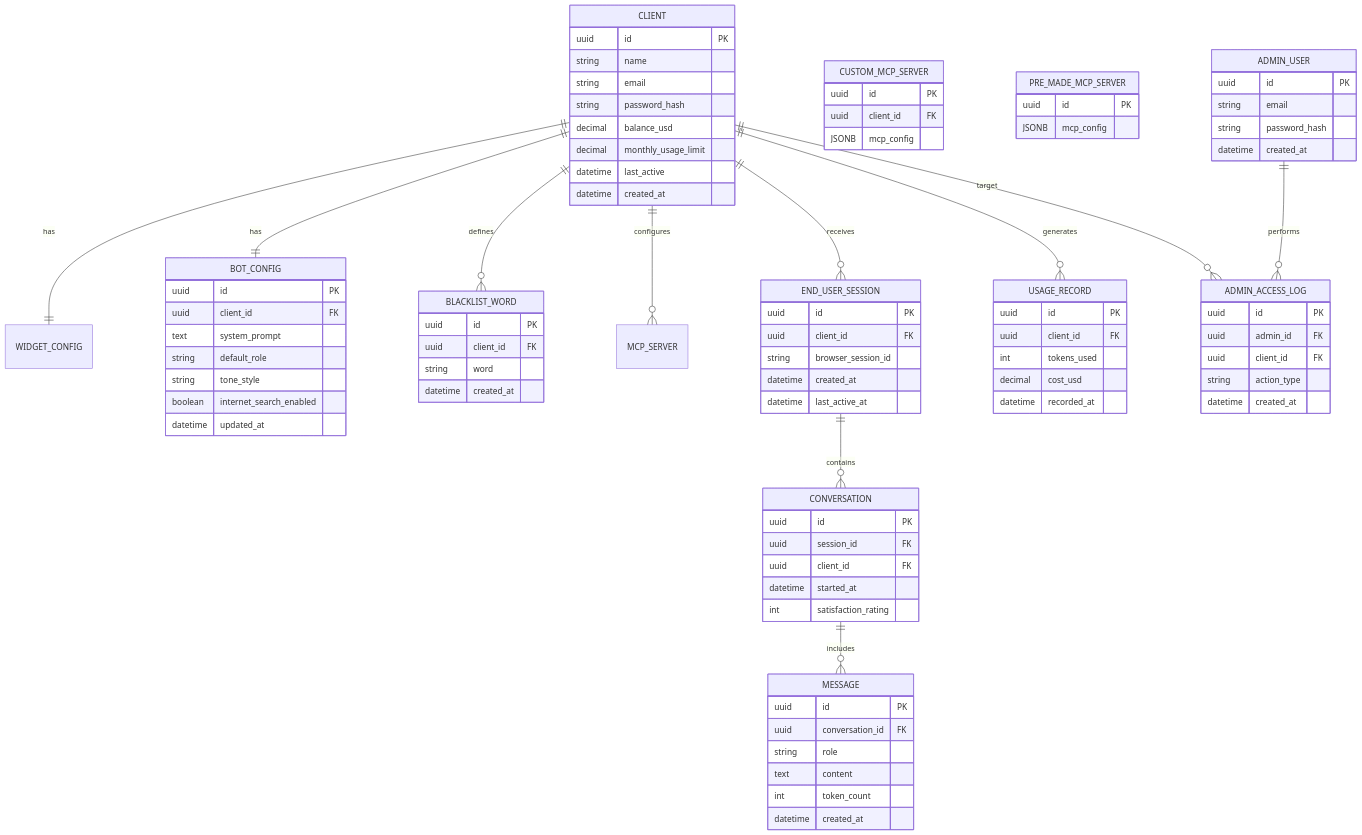
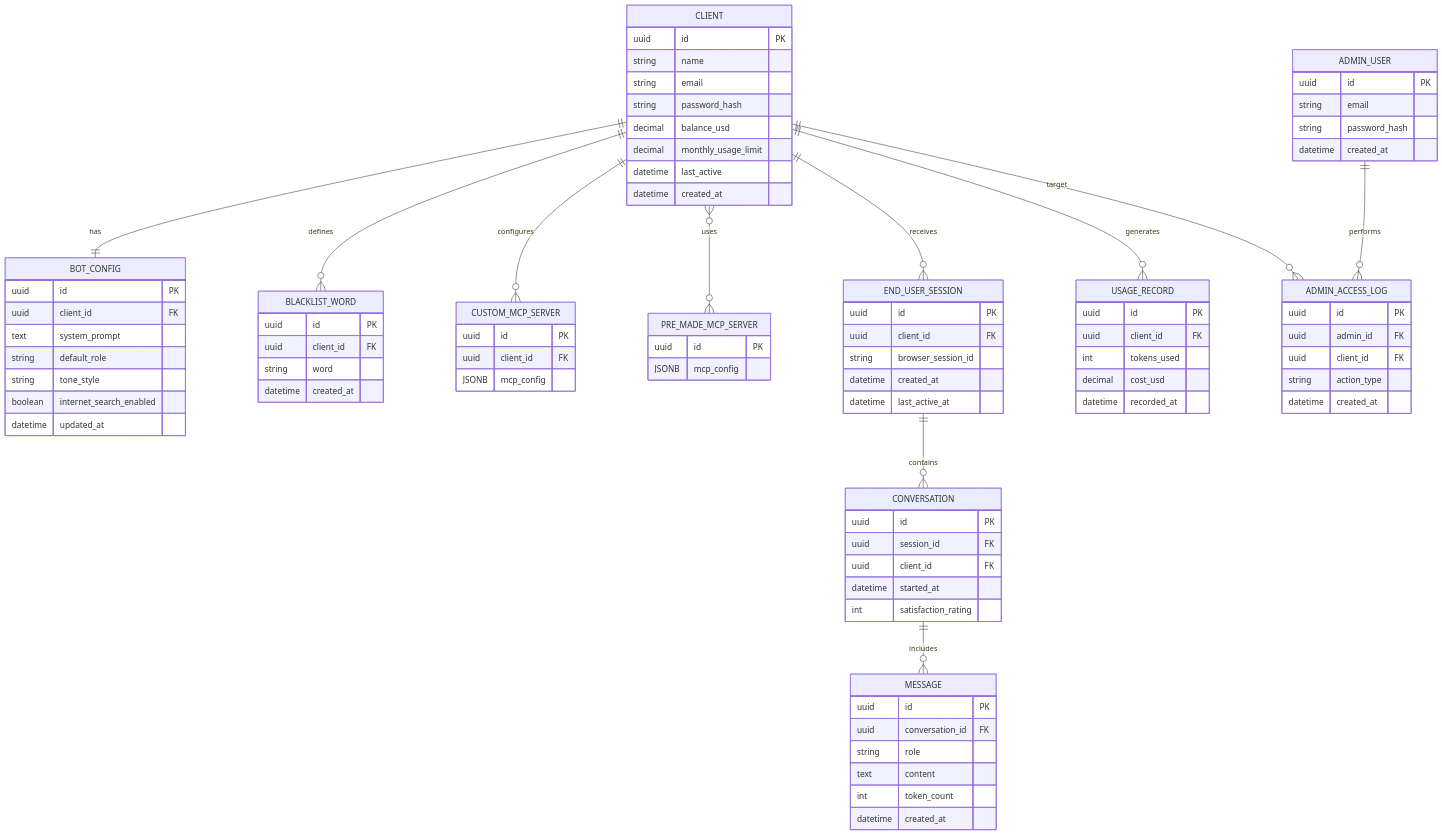
The diagram in docs/architecture/ERD/main-mermaid.md (Fidasek009/pb138), drawn with Mermaid before and after one commit. The commit also changed 14 other files, not shown here.

First line of the commit message:
feat(api): add Drizzle ORM schema and database setup

```diff
--- a/docs/architecture/ERD/main-mermaid.md
+++ b/docs/architecture/ERD/main-mermaid.md
@@ -87,10 +87,11 @@
         datetime created_at
     }
 
-    CLIENT ||--|| WIDGET_CONFIG : has
+    %% TODO: WIDGET_CONFIG entity is not yet defined — columns TBD
     CLIENT ||--|| BOT_CONFIG : has
     CLIENT ||--o{ BLACKLIST_WORD : defines
-    CLIENT ||--o{ MCP_SERVER : configures
+    CLIENT ||--o{ CUSTOM_MCP_SERVER : configures
+    CLIENT }o--o{ PRE_MADE_MCP_SERVER : uses
     CLIENT ||--o{ END_USER_SESSION : receives
     CLIENT ||--o{ USAGE_RECORD : generates
 
```
